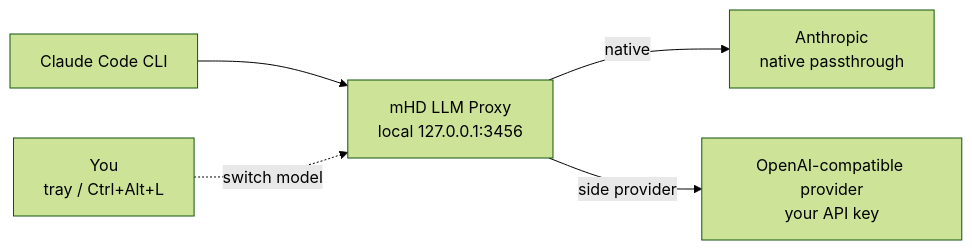
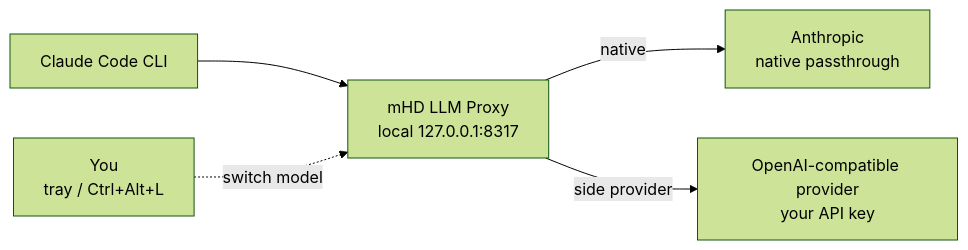
Before and after one commit to ArthurkaX/mhd: the second of 2 diagrams in README.md, drawn with Mermaid (forest theme). The commit also changed other lines of this file and 12 other files, not shown here.

````diff
--- a/README.md
+++ b/README.md
@@ -339,13 +339,13 @@
 ```mermaid
 flowchart LR
     CLI["Claude Code CLI"]
-    Proxy["mHD LLM Proxy<br/>local 127.0.0.1:3456"]
+    Proxy["mHD LLM Proxy<br/>local 127.0.0.1:8317"]
     User["You<br/>tray / Ctrl+Alt+L"]
     Anthropic["Anthropic<br/>native passthrough"]
     Provider["OpenAI-compatible provider<br/>your API key"]
 
     CLI --> Proxy
     User -. "switch model" .-> Proxy
     Proxy -->|"native"| Anthropic
     Proxy -->|"side provider"| Provider
 ```
````
